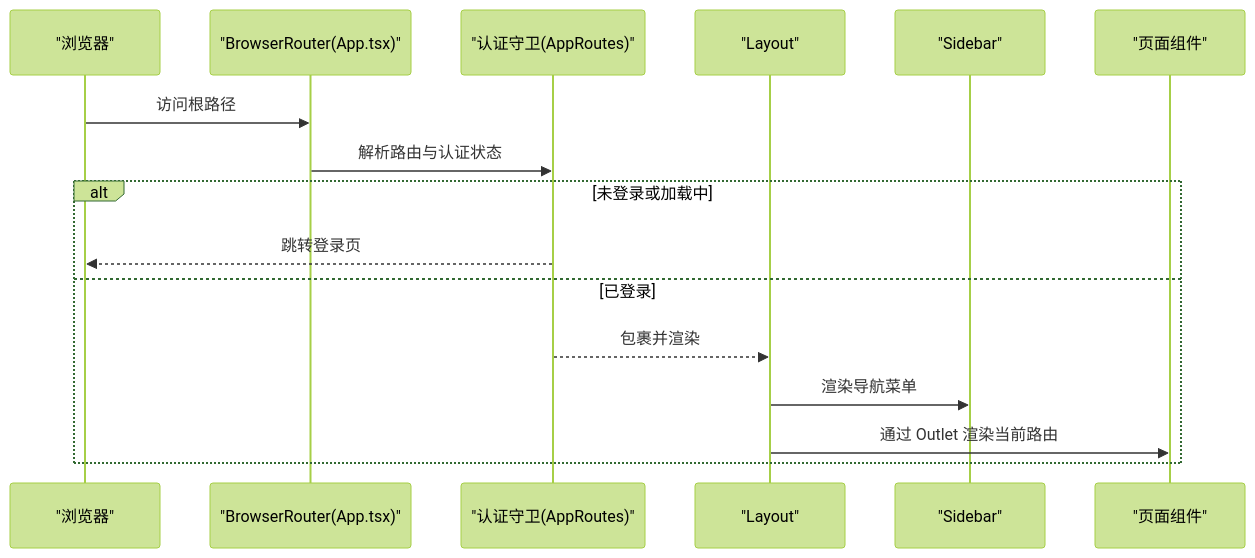
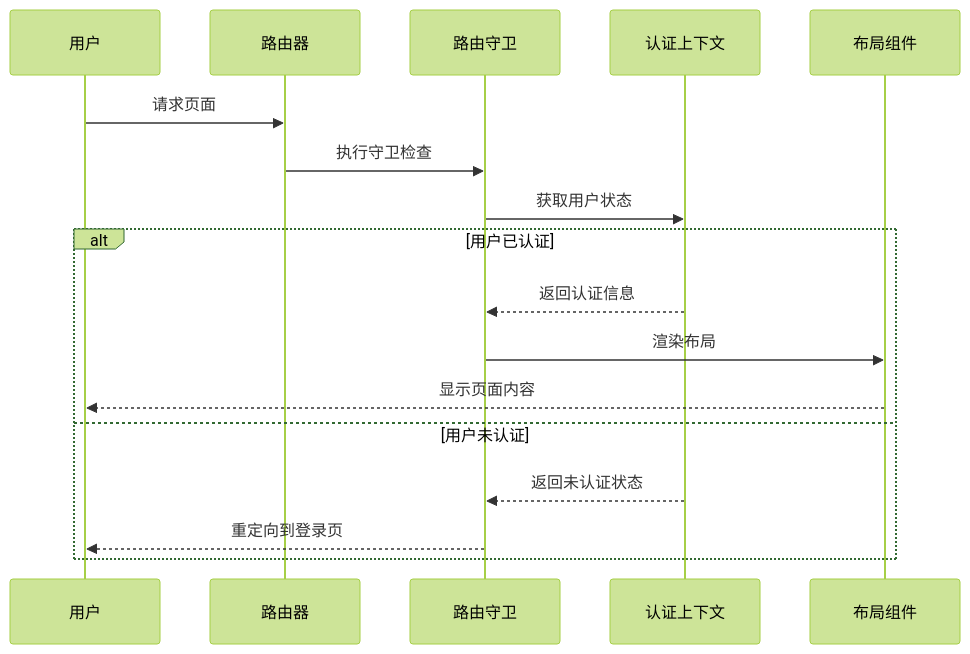
The second of 6 diagrams in .qoder/repowiki/zh/content/前端应用架构/路由与导航.md (angledick/-), drawn with Mermaid (forest theme) before and after one commit. The commit also changed other lines of this file and 770 other files, not shown here.

````diff
--- a/.qoder/repowiki/zh/content/前端应用架构/路由与导航.md
+++ b/.qoder/repowiki/zh/content/前端应用架构/路由与导航.md
@@ -74,18 +100,19 @@
 ```mermaid
 sequenceDiagram
-participant Browser as "浏览器"
-participant Router as "BrowserRouter(App.tsx)"
-participant Guard as "认证守卫(AppRoutes)"
-participant Layout as "Layout"
-participant Sidebar as "Sidebar"
-participant Page as "页面组件"
-Browser->>Router : 访问根路径
-Router->>Guard : 解析路由与认证状态
-alt 未登录或加载中
-Guard-->>Browser : 跳转登录页
-else 已登录
-Guard-->>Layout : 包裹并渲染
-Layout->>Sidebar : 渲染导航菜单
-Layout->>Page : 通过 Outlet 渲染当前路由
+participant User as 用户
+participant Router as 路由器
+participant Guard as 路由守卫
+participant Auth as 认证上下文
+participant Layout as 布局组件
+User->>Router : 请求页面
+Router->>Guard : 执行守卫检查
+Guard->>Auth : 获取用户状态
+alt 用户已认证
+Auth-->>Guard : 返回认证信息
+Guard->>Layout : 渲染布局
+Layout-->>User : 显示页面内容
+else 用户未认证
+Auth-->>Guard : 返回未认证状态
+Guard-->>User : 重定向到登录页
 end
 ```
````
